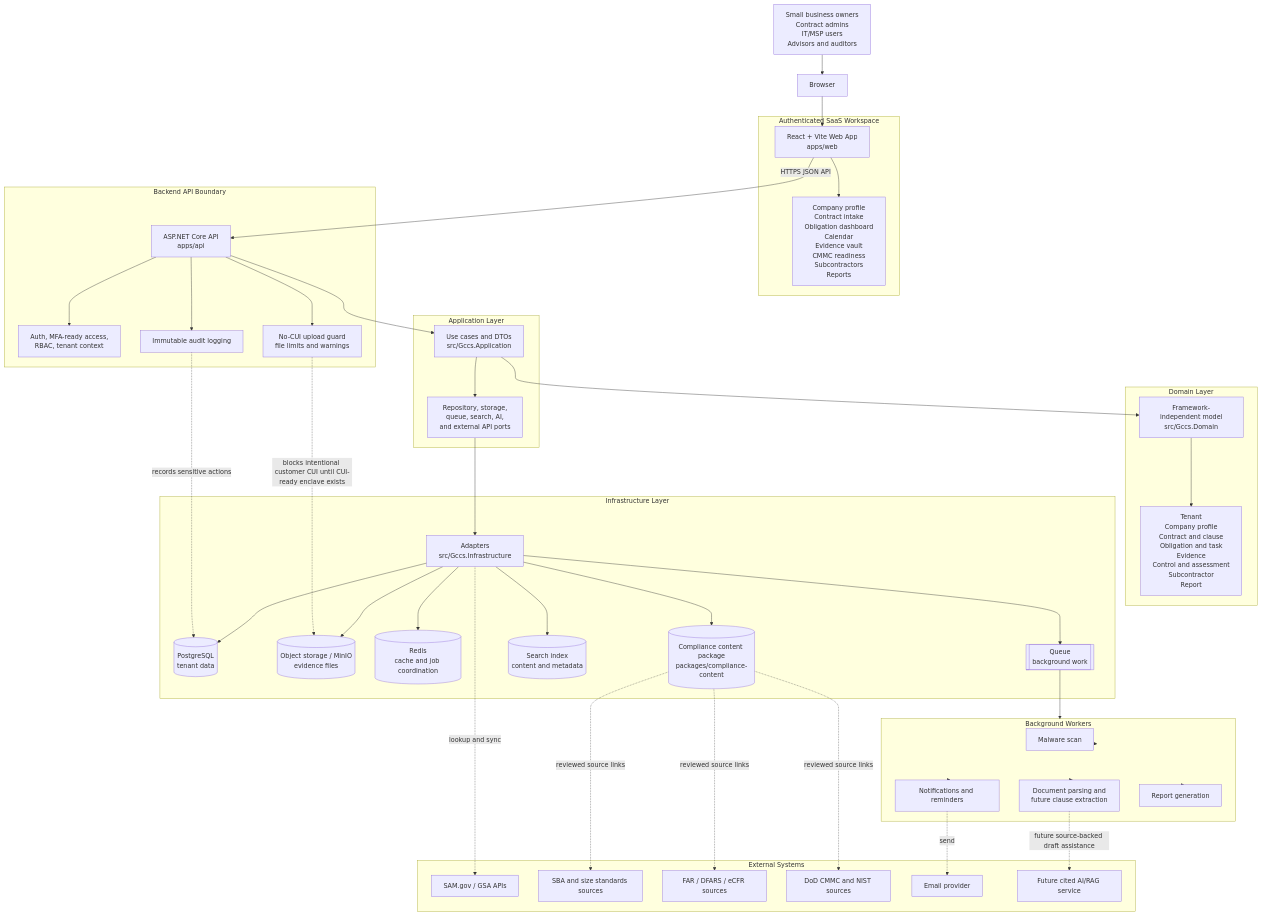
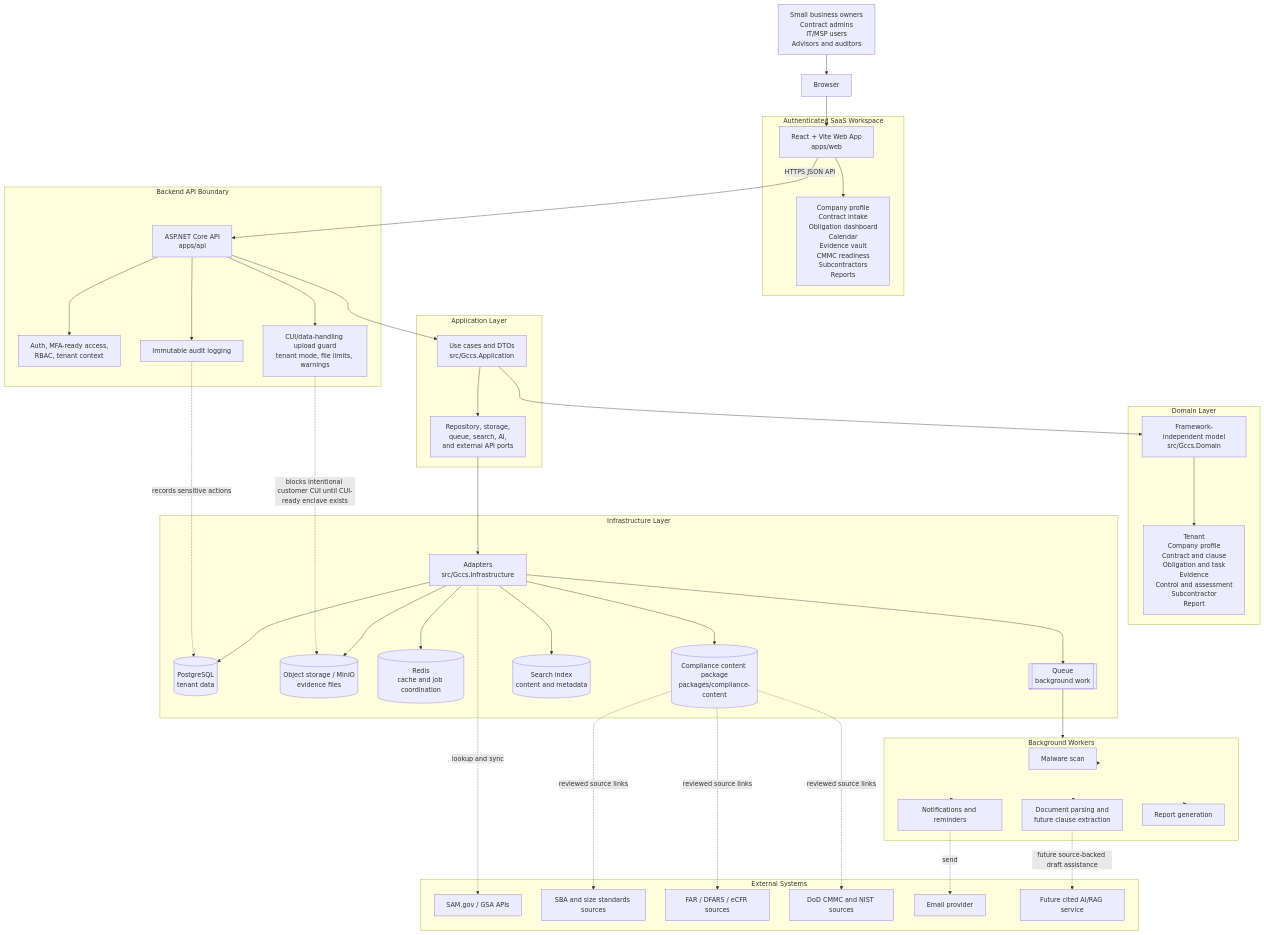
One commit to samurab/Gccs changed the diagram in docs/architecture.md. Above: the diagram before and after it, drawn with Mermaid. The commit also changed other lines of this file and 34 other files, not shown here.

```diff
--- a/docs/architecture.md
+++ b/docs/architecture.md
@@ -32,7 +32,7 @@
     subgraph apiBoundary["Backend API Boundary"]
         api["ASP.NET Core API<br/>apps/api"]
         auth["Auth, MFA-ready access,<br/>RBAC, tenant context"]
-        uploadGuard["No-CUI upload guard<br/>file limits and warnings"]
+        uploadGuard["CUI/data-handling upload guard<br/>tenant mode, file limits, warnings"]
         audit["Immutable audit logging"]
     end
 
```
